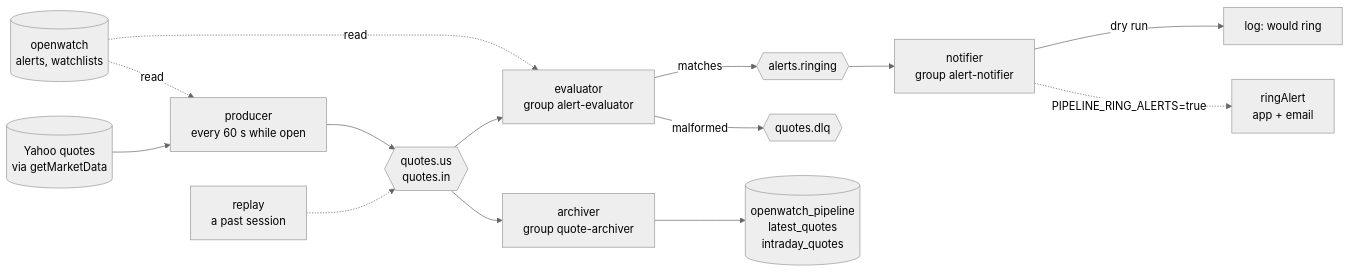
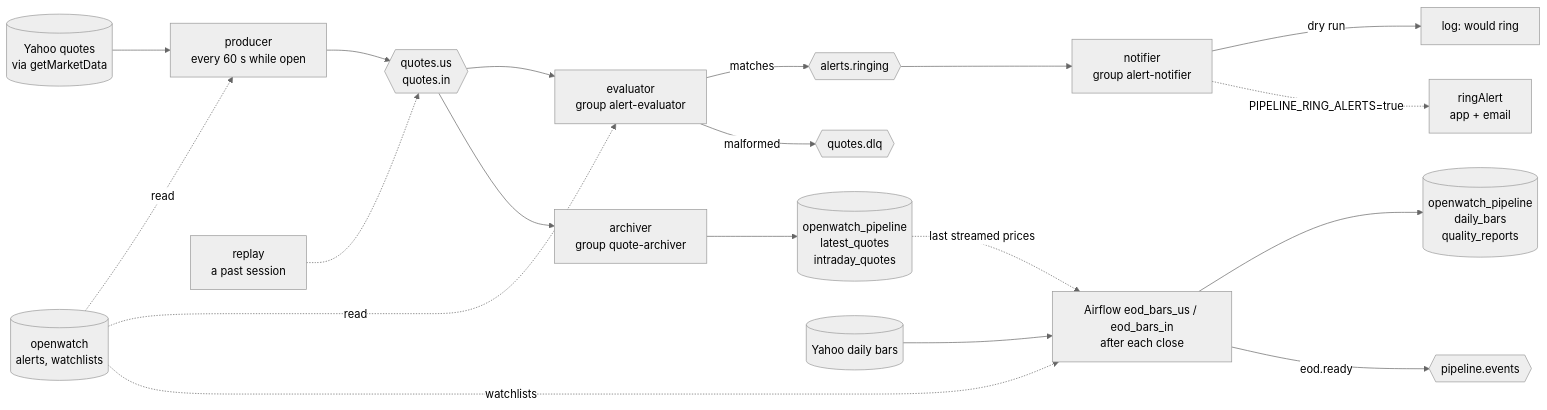
Before and after one commit to gauravgondane26/stocks-app: the diagram in pipeline/README.md, drawn with Mermaid (neutral theme). The commit also changed other lines of this file and 6 other files, not shown here.

First line of the commit message:
pipeline: Airflow CI job, docs, and localhost-only ports

````diff
--- a/pipeline/README.md
+++ b/pipeline/README.md
@@ -7,16 +8,21 @@
 ```mermaid
 flowchart LR
   Y[(Yahoo quotes<br/>via getMarketData)] --> P[producer<br/>every 60 s while open]
   R[replay<br/>a past session] -.-> Q
   P --> Q{{quotes.us<br/>quotes.in}}
   Q --> E[evaluator<br/>group alert-evaluator]
   Q --> A[archiver<br/>group quote-archiver]
   E -- matches --> RT{{alerts.ringing}}
   E -- malformed --> D{{quotes.dlq}}
   RT --> N[notifier<br/>group alert-notifier]
   N -- dry run --> L[log: would ring]
   N -. PIPELINE_RING_ALERTS=true .-> RA[ringAlert<br/>app + email]
   A --> M[(openwatch_pipeline<br/>latest_quotes<br/>intraday_quotes)]
   O[(openwatch<br/>alerts, watchlists)] -. read .-> P
   O -. read .-> E
+  YD[(Yahoo daily bars)] --> AF[Airflow eod_bars_us / eod_bars_in<br/>after each close]
+  O -. watchlists .-> AF
+  M -. last streamed prices .-> AF
+  AF --> DB[(openwatch_pipeline<br/>daily_bars<br/>quality_reports)]
+  AF -- eod.ready --> PE{{pipeline.events}}
 ```
````
